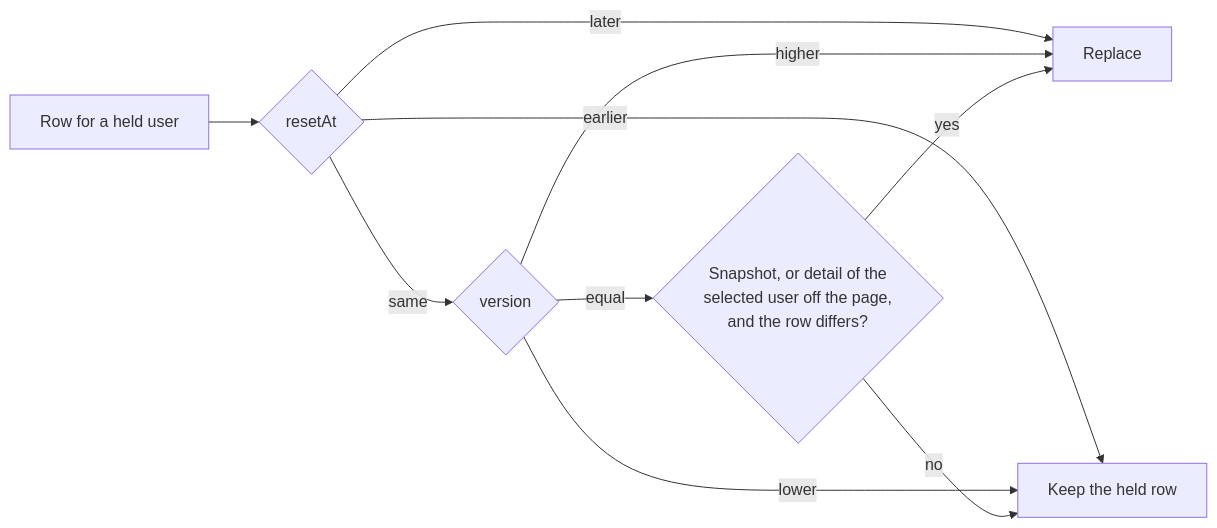
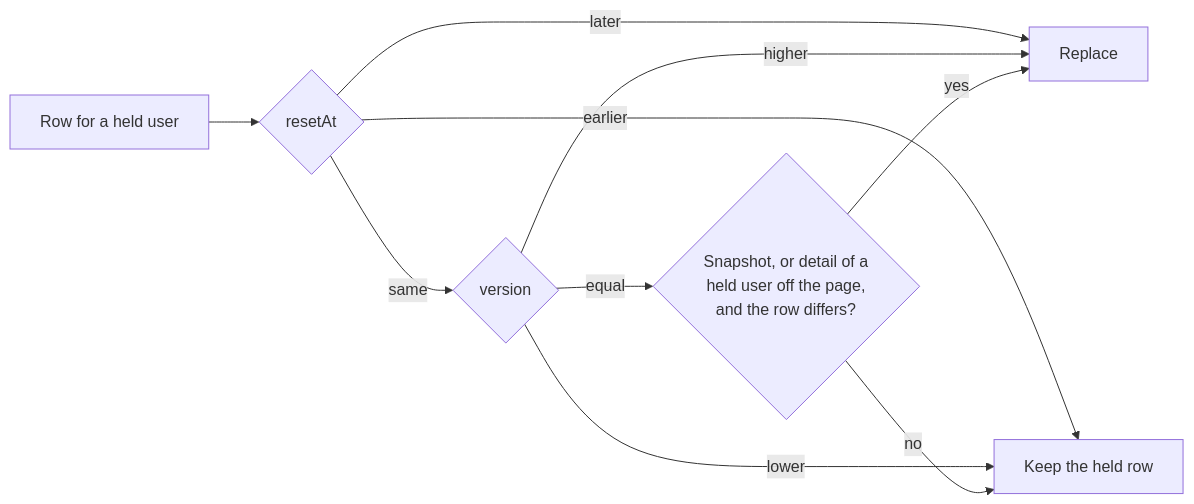
One commit to M4xP4s/bouncer-dashboard changed the first of 2 diagrams in docs/specs/live-updates.md. Above: the diagram before and after it, drawn with Mermaid. The commit also changed other lines of this file and 50 other files, not shown here.

````diff
--- a/docs/specs/live-updates.md
+++ b/docs/specs/live-updates.md
@@ -81,12 +85,12 @@
 ```mermaid
 flowchart LR
     A["Row for a held user"] --> W{"resetAt"}
     W -- "later" --> T["Replace"]
     W -- "earlier" --> K["Keep the held row"]
     W -- "same" --> V{"version"}
     V -- "higher" --> T
     V -- "lower" --> K
-    V -- "equal" --> S{"Snapshot, or detail of the<br/>selected user off the page,<br/>and the row differs?"}
+    V -- "equal" --> S{"Snapshot, or detail of a<br/>held user off the page,<br/>and the row differs?"}
     S -- "yes" --> T
     S -- "no" --> K
 ```
````
